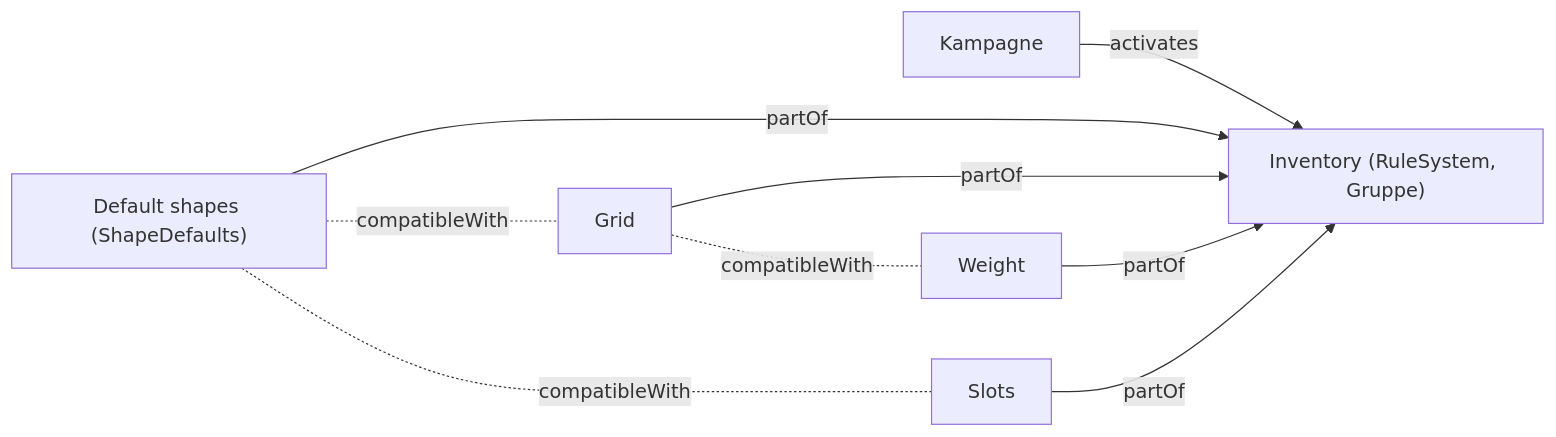
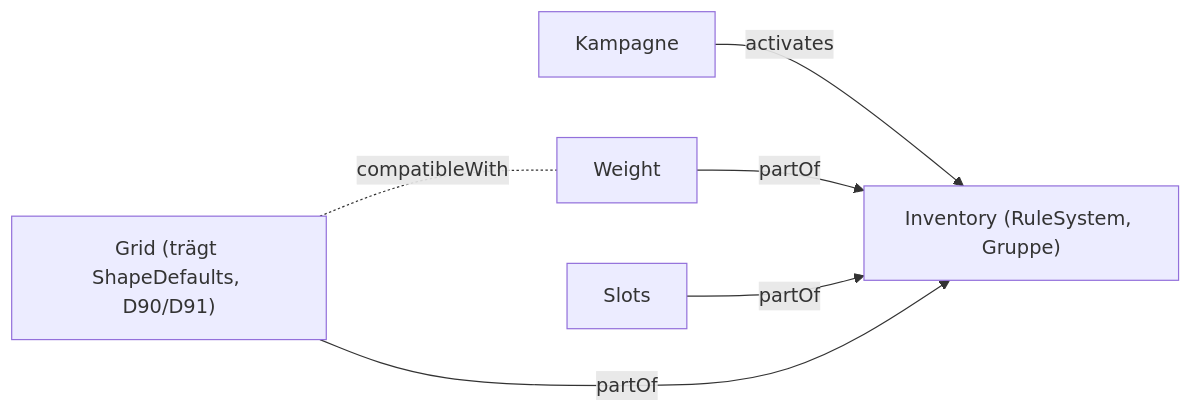
The diagram in VTT/Features/F-048 Regelsysteme & Module.md (Mrfudog/Atlas-Mentis), drawn with Mermaid before and after one commit. The commit also changed 13 other files, not shown here.

First line of the commit message:
T-394: Ein Formmodul — Default shapes fällt weg, die Formen kommen aus Grid

````diff
--- a/VTT/Features/F-048 Regelsysteme & Module.md
+++ b/VTT/Features/F-048 Regelsysteme & Module.md
@@ -37,11 +37,8 @@
 ```mermaid
 flowchart LR
   K["Kampagne"] -- activates --> I["Inventory (RuleSystem, Gruppe)"]
   W["Weight"] -- partOf --> I
   S["Slots"] -- partOf --> I
-  G["Grid"] -- partOf --> I
-  D["Default shapes (ShapeDefaults)"] -- partOf --> I
+  G["Grid (trägt ShapeDefaults, D90/D91)"] -- partOf --> I
   G -. compatibleWith .- W
-  D -. compatibleWith .- G
-  D -. compatibleWith .- S
 ```
````
